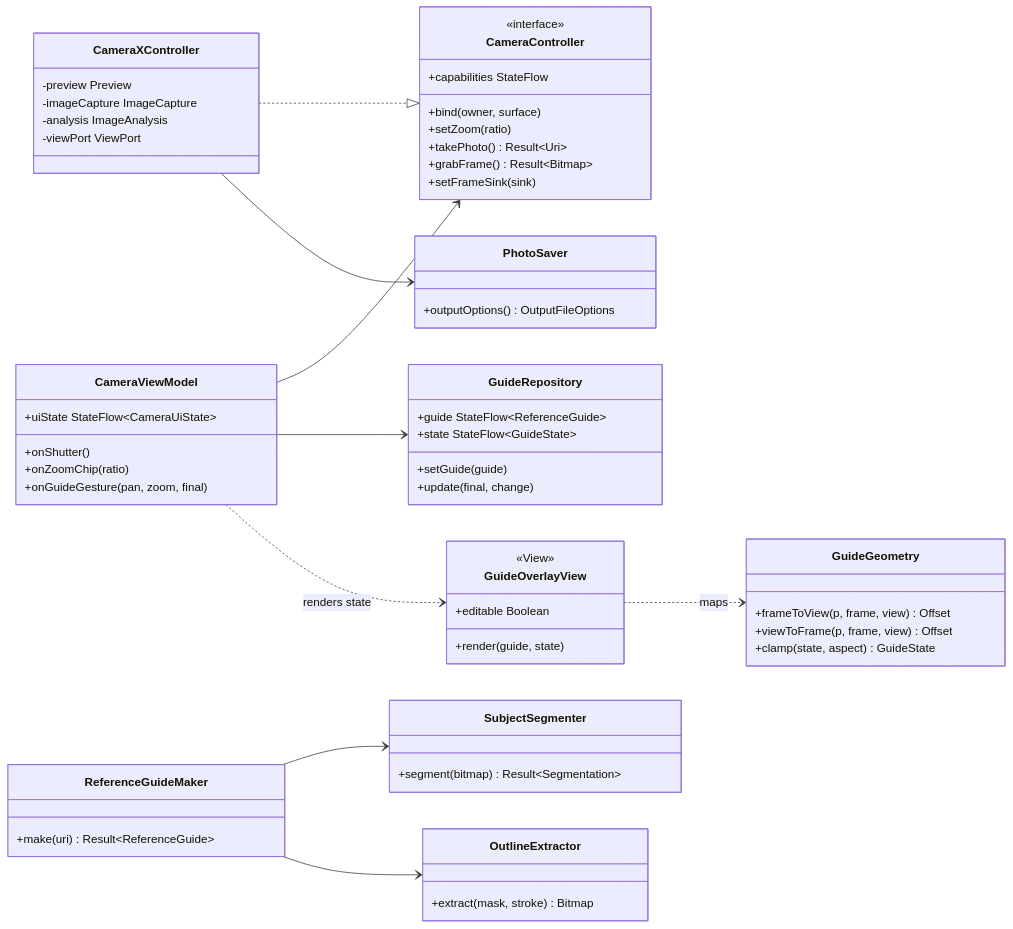
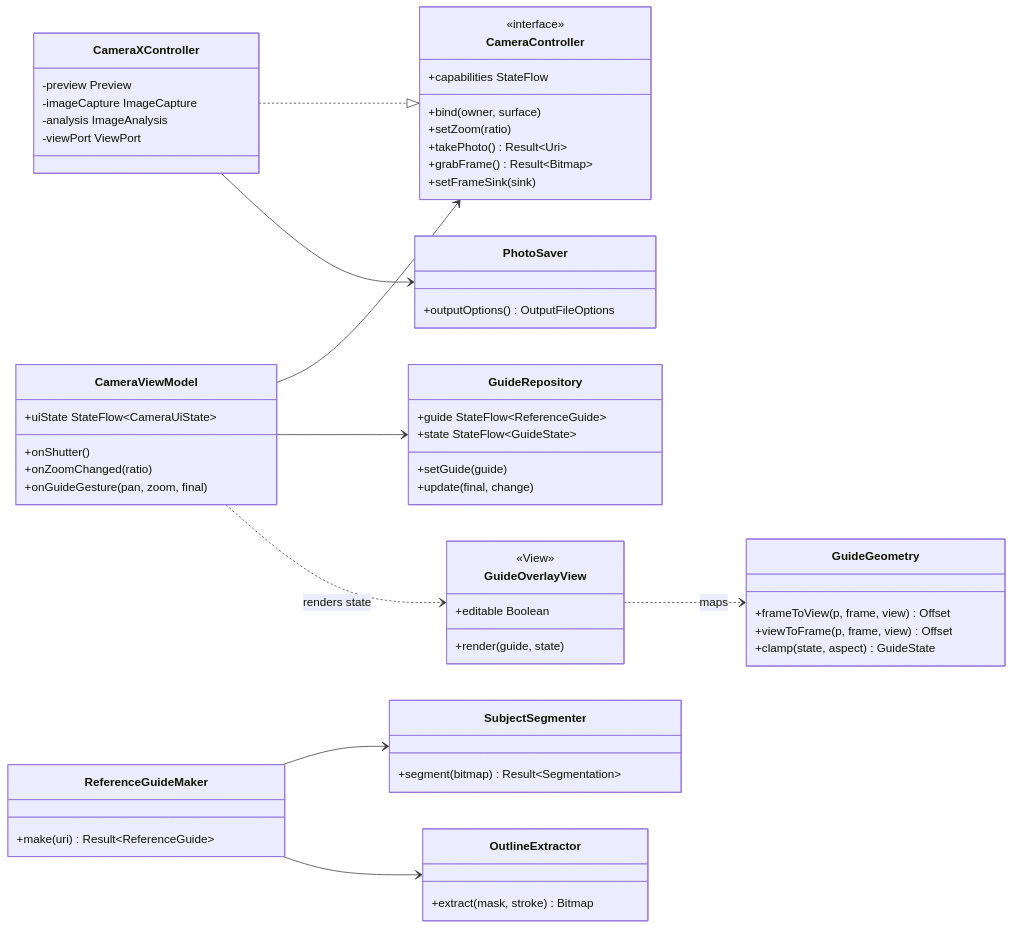
Before and after one commit to snuhcs-course/swpp-2026-project-team-10: the fourth of 7 diagrams in wiki/Design-Documentation.md, drawn with Mermaid. The commit also changed other lines of this file and 12 other files, not shown here.

````diff
--- a/wiki/Design-Documentation.md
+++ b/wiki/Design-Documentation.md
@@ -286,61 +286,61 @@
 ```mermaid
 classDiagram
   direction LR
   class CameraViewModel {
     +uiState StateFlow~CameraUiState~
     +onShutter()
-    +onZoomChip(ratio)
+    +onZoomChanged(ratio)
     +onGuideGesture(pan, zoom, final)
   }
   class CameraController {
     <<interface>>
     +capabilities StateFlow
     +bind(owner, surface)
     +setZoom(ratio)
     +takePhoto() Result~Uri~
     +grabFrame() Result~Bitmap~
     +setFrameSink(sink)
   }
   class CameraXController {
     -preview Preview
     -imageCapture ImageCapture
     -analysis ImageAnalysis
     -viewPort ViewPort
   }
   class PhotoSaver {
     +outputOptions() OutputFileOptions
   }
   class GuideRepository {
     +guide StateFlow~ReferenceGuide~
     +state StateFlow~GuideState~
     +setGuide(guide)
     +update(final, change)
   }
   class ReferenceGuideMaker {
     +make(uri) Result~ReferenceGuide~
   }
   class SubjectSegmenter {
     +segment(bitmap) Result~Segmentation~
   }
   class OutlineExtractor {
     +extract(mask, stroke) Bitmap
   }
   class GuideGeometry {
     +frameToView(p, frame, view) Offset
     +viewToFrame(p, frame, view) Offset
     +clamp(state, aspect) GuideState
   }
   class GuideOverlayView {
     <<View>>
     +render(guide, state)
     +editable Boolean
   }
   CameraViewModel --> CameraController
   CameraViewModel --> GuideRepository
   CameraXController ..|> CameraController
   CameraXController --> PhotoSaver
   ReferenceGuideMaker --> SubjectSegmenter
   ReferenceGuideMaker --> OutlineExtractor
   CameraViewModel ..> GuideOverlayView : renders state
   GuideOverlayView ..> GuideGeometry : maps
 ```
````
